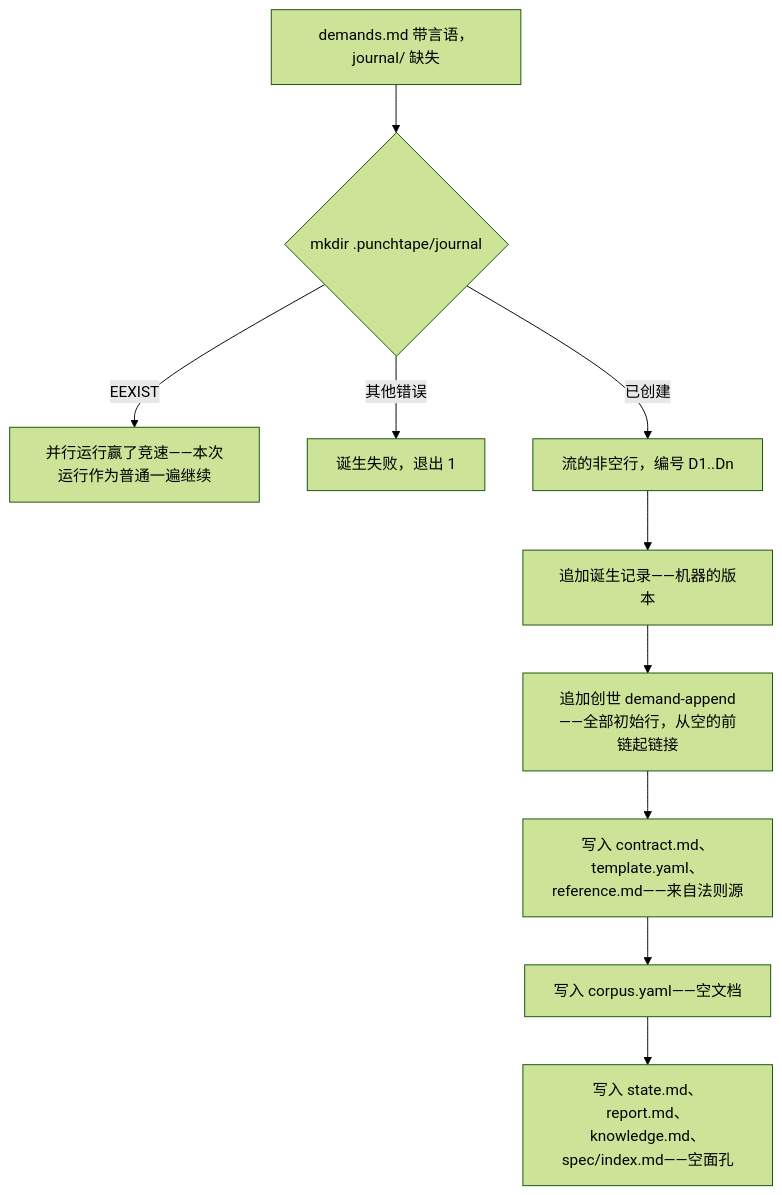
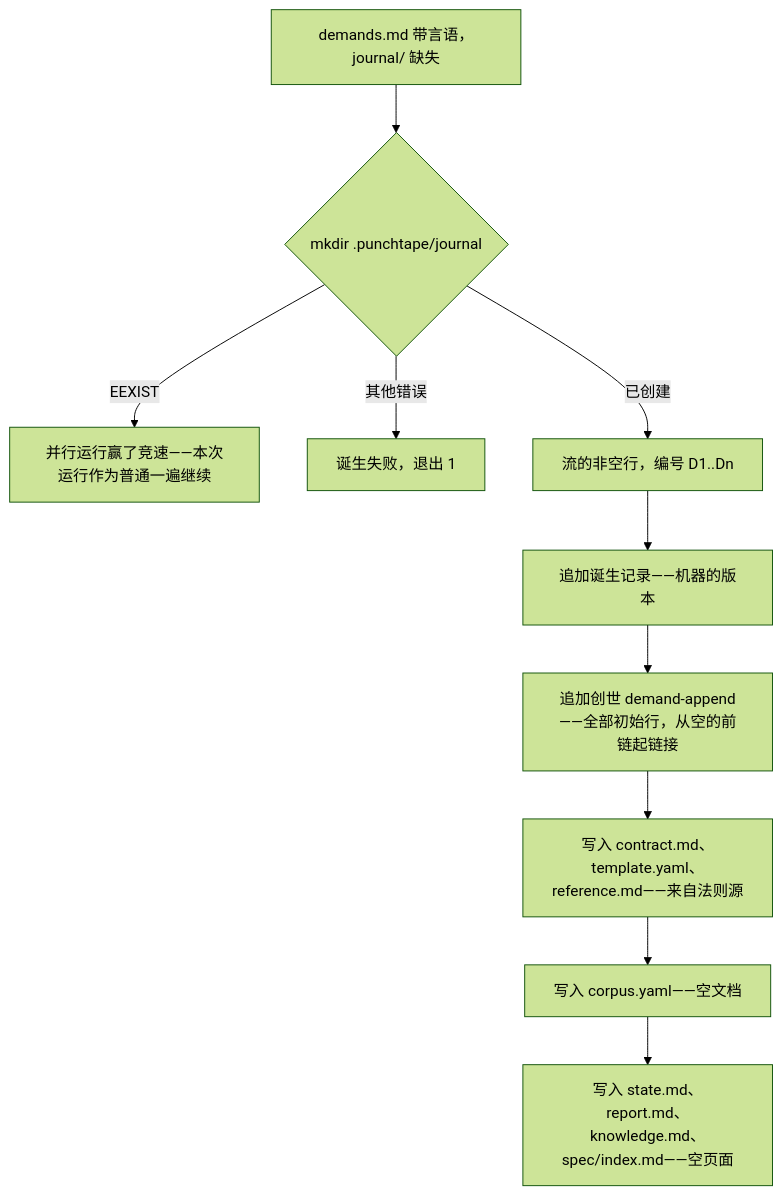
Before and after one commit to neurophant/punchtape: the second of 9 diagrams in docs/ARCHITECTURE.zh.md, drawn with Mermaid (forest theme). The commit also changed other lines of this file and 195 other files, not shown here.

````diff
--- a/docs/ARCHITECTURE.zh.md
+++ b/docs/ARCHITECTURE.zh.md
@@ -159,12 +160,12 @@
 ```mermaid
 flowchart TD
     S["demands.md 带言语，journal/ 缺失"] --> M{"mkdir .punchtape/journal"}
     M -- "EEXIST" --> PASS["并行运行赢了竞速——本次运行作为普通一遍继续"]
     M -- "其他错误" --> FAIL["诞生失败，退出 1"]
     M -- "已创建" --> W["流的非空行，编号 D1..Dn"]
     W --> R["追加诞生记录——机器的版本"]
     R --> G["追加创世 demand-append——全部初始行，从空的前链起链接"]
     G --> F1["写入 contract.md、template.yaml、reference.md——来自法则源"]
     F1 --> F2["写入 corpus.yaml——空文档"]
-    F2 --> F3["写入 state.md、report.md、knowledge.md、spec/index.md——空面孔"]
+    F2 --> F3["写入 state.md、report.md、knowledge.md、spec/index.md——空页面"]
 ```
````
